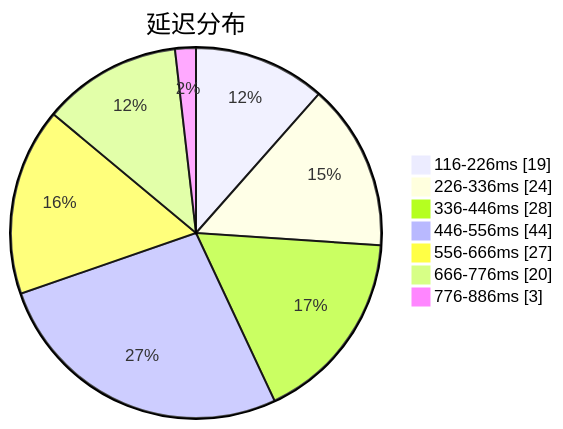
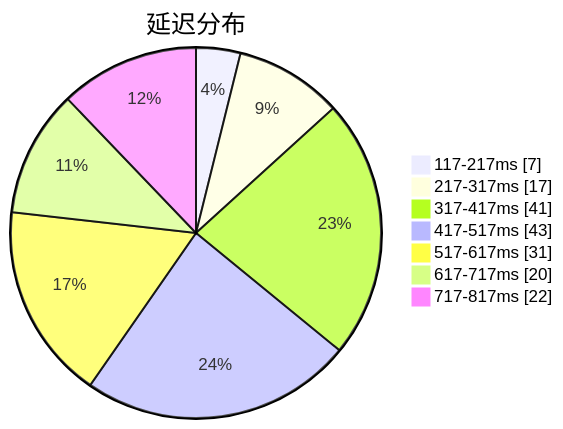
One commit to sinspired/airport changed the first of 3 diagrams in subs/statistics/tested_within.md. Above: the diagram before and after it, drawn with Mermaid. The commit also changed other lines of this file and 2 other files, not shown here.

````diff
--- a/subs/statistics/tested_within.md
+++ b/subs/statistics/tested_within.md
@@ -2,11 +2,11 @@
 ```mermaid
 pie showData
 title 延迟分布
-"116-226ms" : 19
-"226-336ms" : 24
-"336-446ms" : 28
-"446-556ms" : 44
-"556-666ms" : 27
-"666-776ms" : 20
-"776-886ms" : 3
+"117-217ms" : 7
+"217-317ms" : 17
+"317-417ms" : 41
+"417-517ms" : 43
+"517-617ms" : 31
+"617-717ms" : 20
+"717-817ms" : 22
 ```
````
